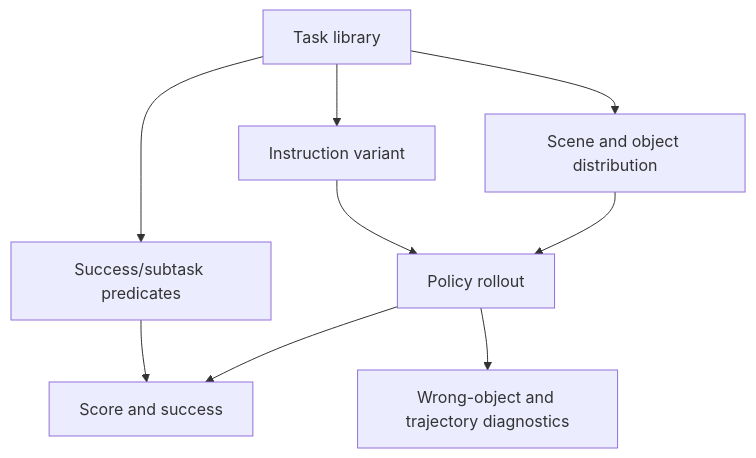
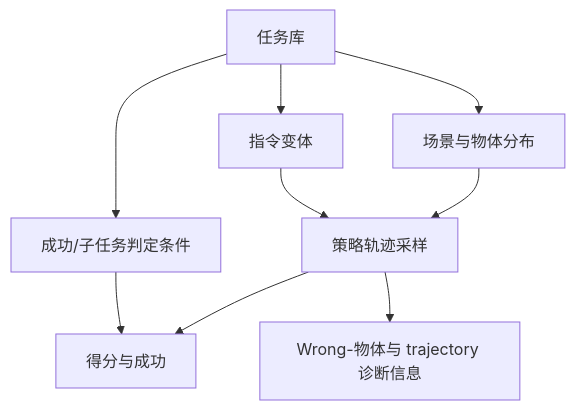
The diagram in wiki/concepts/TaskGeneralistPolicyEvaluation.md (niuverse/llm-wiki), drawn with Mermaid before and after one commit. The commit also changed other lines of this file and 123 other files, not shown here.

````diff
--- a/wiki/concepts/TaskGeneralistPolicyEvaluation.md
+++ b/wiki/concepts/TaskGeneralistPolicyEvaluation.md
@@ -43,11 +43,11 @@
 ```mermaid
 flowchart TD
-  A["Task library"] --> B["Instruction variant"]
-  A --> C["Scene and object distribution"]
-  A --> D["Success/subtask predicates"]
-  B --> E["Policy rollout"]
+  A["任务库"] --> B["指令变体"]
+  A --> C["场景与物体分布"]
+  A --> D["成功/子任务判定条件"]
+  B --> E["策略轨迹采样"]
   C --> E
-  D --> F["Score and success"]
+  D --> F["得分与成功"]
   E --> F
-  E --> G["Wrong-object and trajectory diagnostics"]
+  E --> G["Wrong-物体与 trajectory 诊断信息"]
 ```
````
